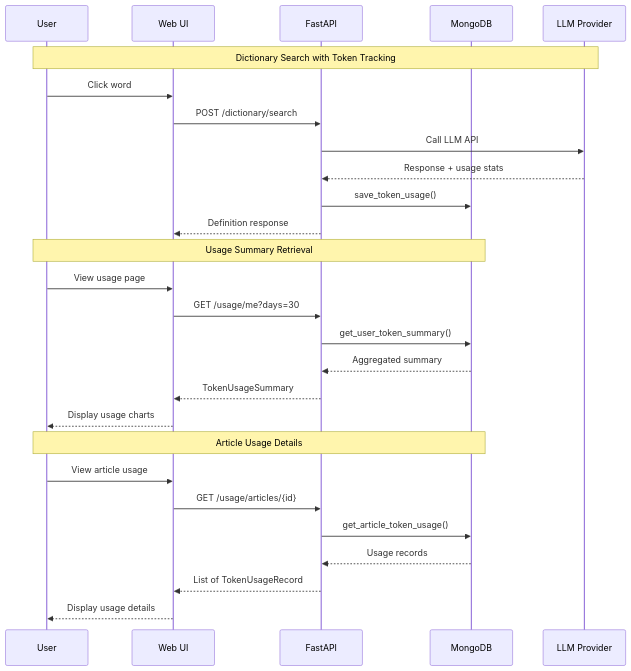
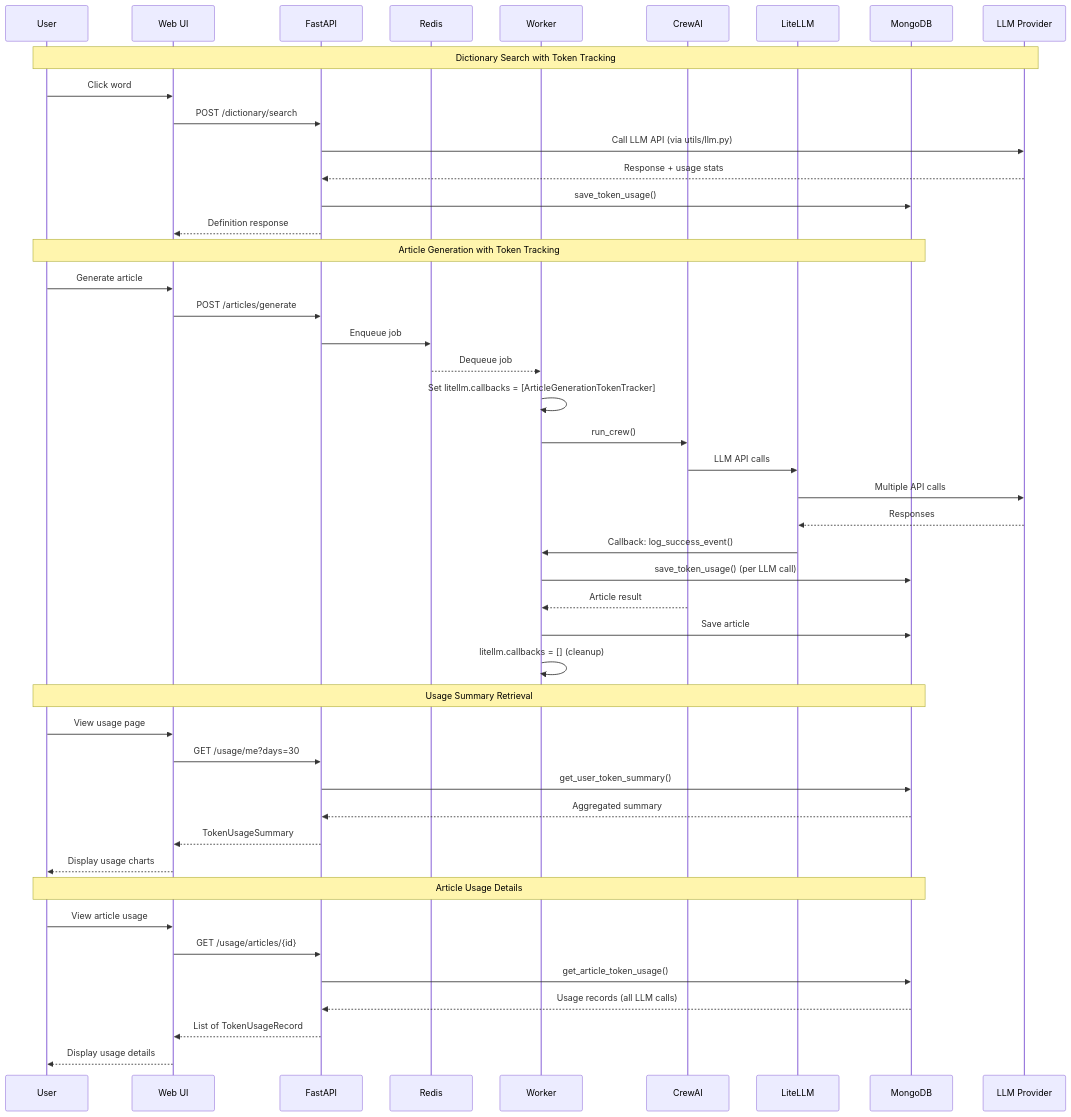
Before and after one commit to seung-gu/opad: the third of 5 diagrams in docs/ARCHITECTURE.md, drawn with Mermaid. The commit also changed other lines of this file and 8 other files, not shown here.

````diff
--- a/docs/ARCHITECTURE.md
+++ b/docs/ARCHITECTURE.md
@@ -470,32 +470,52 @@
 ```mermaid
 sequenceDiagram
     participant User
     participant WebUI as Web UI
     participant API as FastAPI
+    participant Redis
+    participant Worker
+    participant CrewAI
+    participant LiteLLM
     participant MongoDB
     participant LLM as LLM Provider
 
     Note over User,LLM: Dictionary Search with Token Tracking
     User->>WebUI: Click word
     WebUI->>API: POST /dictionary/search
-    API->>LLM: Call LLM API
+    API->>LLM: Call LLM API (via utils/llm.py)
     LLM-->>API: Response + usage stats
     API->>MongoDB: save_token_usage()
     API-->>WebUI: Definition response
+
+    Note over User,MongoDB: Article Generation with Token Tracking
+    User->>WebUI: Generate article
+    WebUI->>API: POST /articles/generate
+    API->>Redis: Enqueue job
+    Redis-->>Worker: Dequeue job
+    Worker->>Worker: Set litellm.callbacks = [ArticleGenerationTokenTracker]
+    Worker->>CrewAI: run_crew()
+    CrewAI->>LiteLLM: LLM API calls
+    LiteLLM->>LLM: Multiple API calls
+    LLM-->>LiteLLM: Responses
+    LiteLLM->>Worker: Callback: log_success_event()
+    Worker->>MongoDB: save_token_usage() (per LLM call)
+    CrewAI-->>Worker: Article result
+    Worker->>MongoDB: Save article
+    Worker->>Worker: litellm.callbacks = [] (cleanup)
 
     Note over User,MongoDB: Usage Summary Retrieval
     User->>WebUI: View usage page
     WebUI->>API: GET /usage/me?days=30
     API->>MongoDB: get_user_token_summary()
     MongoDB-->>API: Aggregated summary
     API-->>WebUI: TokenUsageSummary
     WebUI-->>User: Display usage charts
 
     Note over User,MongoDB: Article Usage Details
     User->>WebUI: View article usage
     WebUI->>API: GET /usage/articles/{id}
     API->>MongoDB: get_article_token_usage()
-    MongoDB-->>API: Usage records
+    MongoDB-->>API: Usage records (all LLM calls)
     API-->>WebUI: List of TokenUsageRecord
     WebUI-->>User: Display usage details
 ```
````
